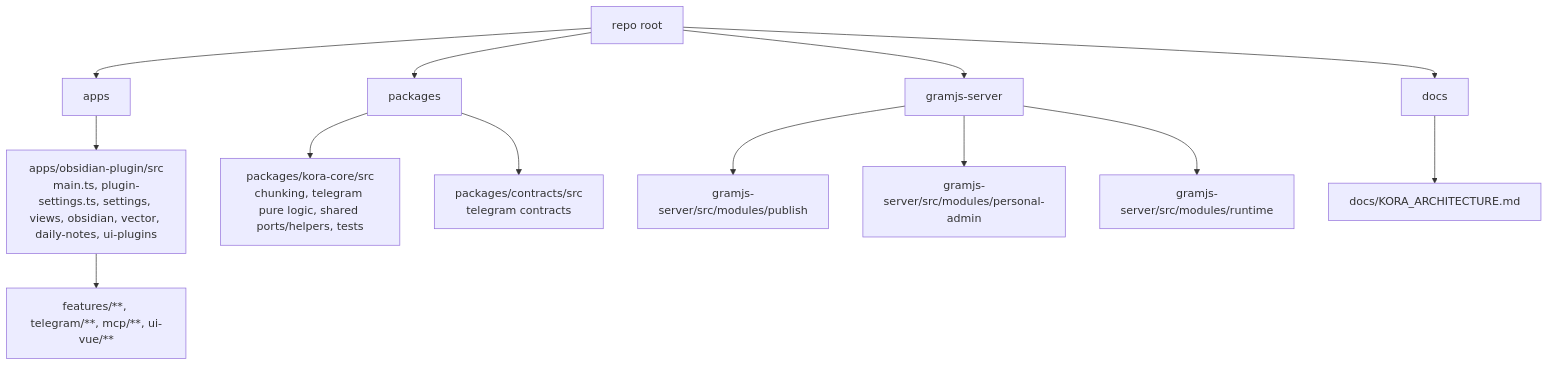
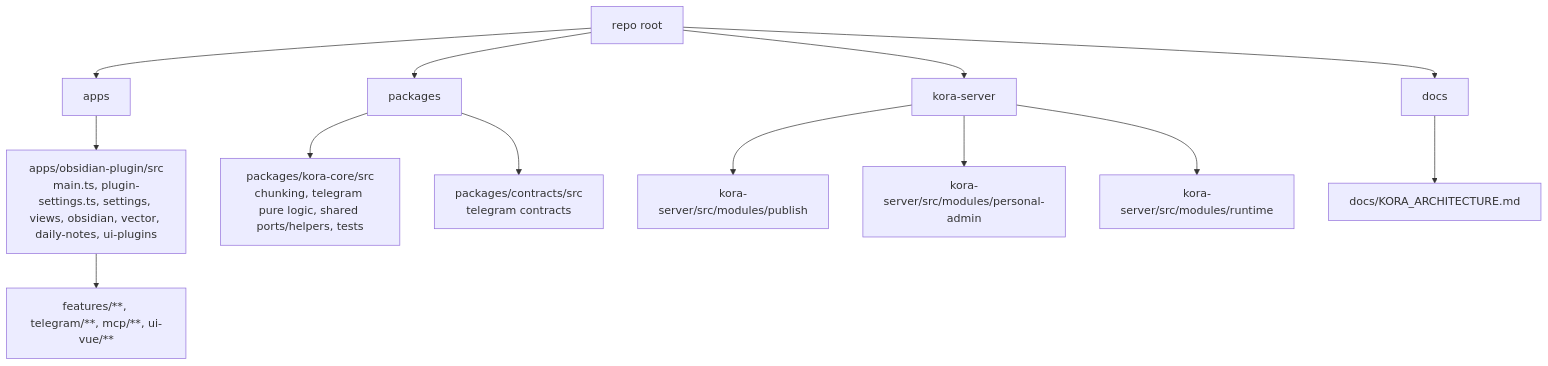
One commit to KoraReinolds/obsidian-kora changed the second of 2 diagrams in docs/KORA_ARCHITECTURE.md. Above: the diagram before and after it, drawn with Mermaid. The commit also changed other lines of this file and 99 other files, not shown here.

Commit message:
Rename `gramjs-server` to `kora-server` throughout the codebase, update related configurations, and adjust documentation accordingly. This change reflects the architectural shift and rebranding of the server component.

````diff
--- a/docs/KORA_ARCHITECTURE.md
+++ b/docs/KORA_ARCHITECTURE.md
@@ -78,18 +78,18 @@
 ```mermaid
 flowchart TB
     Root["repo root"]
 
     Root --> Apps["apps"]
     Root --> Packages["packages"]
-    Root --> Server["gramjs-server"]
+    Root --> Server["kora-server"]
     Root --> Docs["docs"]
 
     Apps --> PluginApp["apps/obsidian-plugin/src<br/>main.ts, plugin-settings.ts, settings, views, obsidian, vector, daily-notes, ui-plugins"]
     PluginApp --> PluginFeatures["features/**, telegram/**, mcp/**, ui-vue/**"]
     Packages --> CorePkg["packages/kora-core/src<br/>chunking, telegram pure logic, shared ports/helpers, tests"]
     Packages --> ContractsPkg["packages/contracts/src<br/>telegram contracts"]
-    Server --> PublishMod["gramjs-server/src/modules/publish"]
-    Server --> PersonalMod["gramjs-server/src/modules/personal-admin"]
-    Server --> RuntimeMod["gramjs-server/src/modules/runtime"]
+    Server --> PublishMod["kora-server/src/modules/publish"]
+    Server --> PersonalMod["kora-server/src/modules/personal-admin"]
+    Server --> RuntimeMod["kora-server/src/modules/runtime"]
     Docs --> ArchitectureDoc["docs/KORA_ARCHITECTURE.md"]
 ```
````
